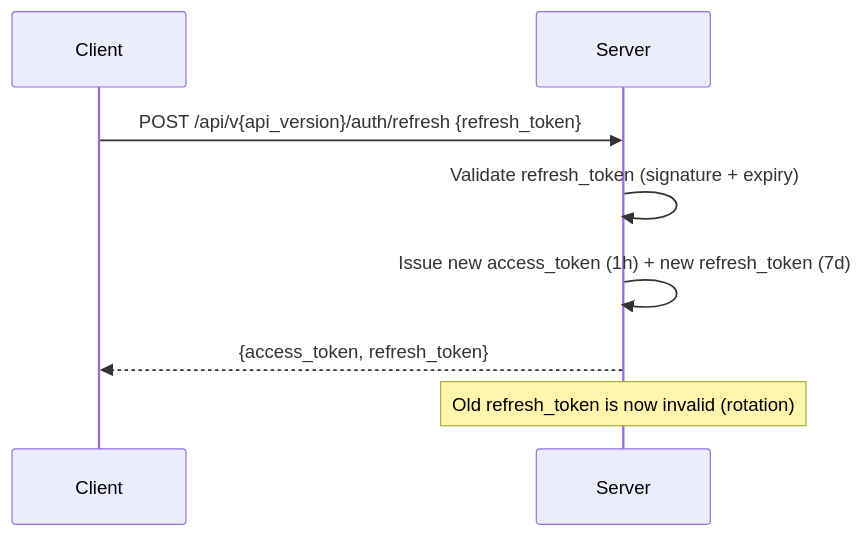
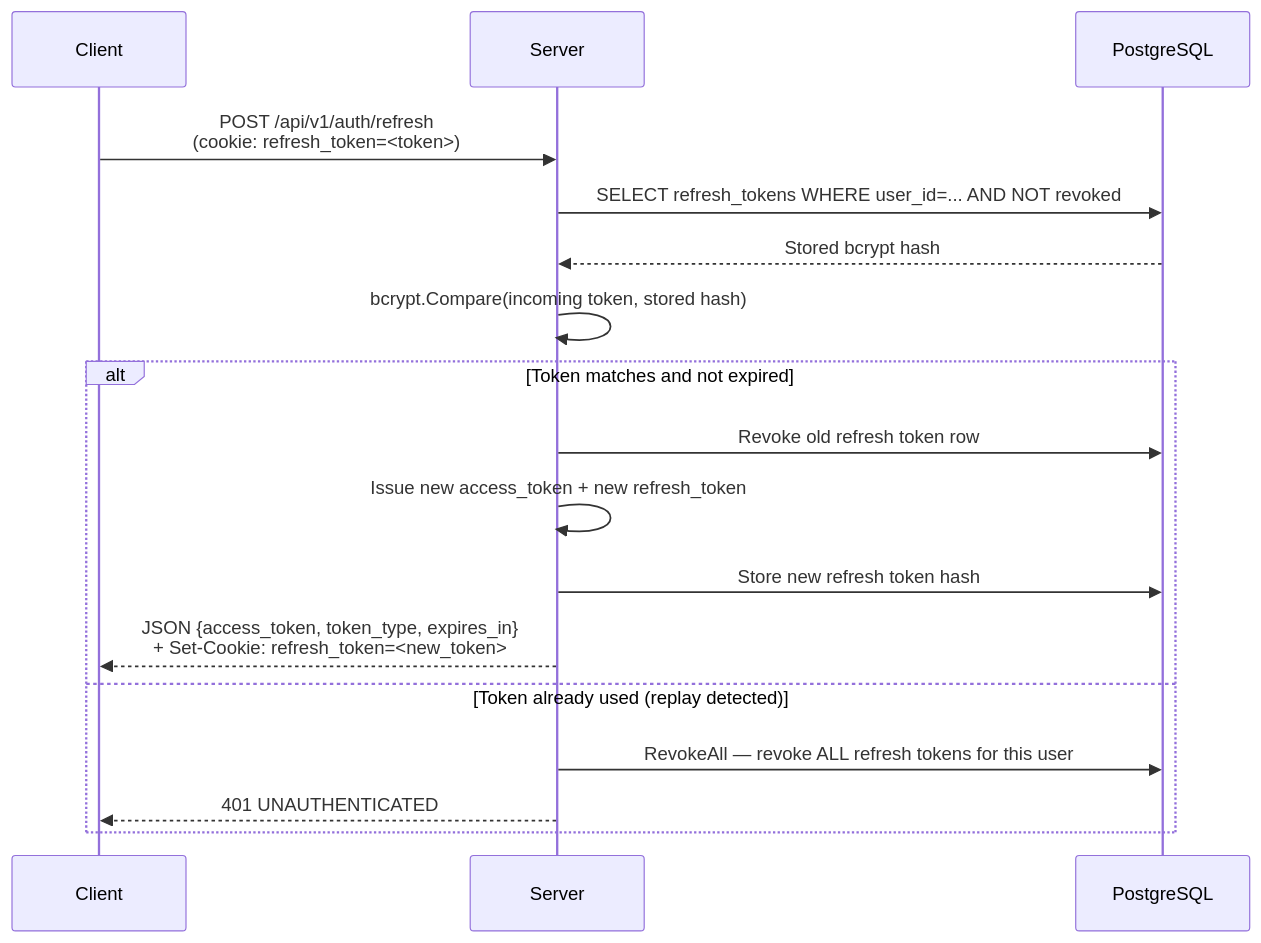
One commit to noiia/EERP-Documentation-Wiki changed the third of 4 diagrams in docs/core/authentication.md. Above: the diagram before and after it, drawn with Mermaid. The commit also changed other lines of this file and 18 other files, not shown here.

````diff
--- a/docs/core/authentication.md
+++ b/docs/core/authentication.md
@@ -125,11 +156,20 @@
 ```mermaid
 sequenceDiagram
     participant Client
     participant Server
+    participant DB as PostgreSQL
 
-    Client->>Server: POST /api/v{api_version}/auth/refresh {refresh_token}
-    Server->>Server: Validate refresh_token (signature + expiry)
-    Server->>Server: Issue new access_token (1h) + new refresh_token (7d)
-    Server-->>Client: {access_token, refresh_token}
-    note over Server: Old refresh_token is now invalid (rotation)
+    Client->>Server: POST /api/v1/auth/refresh<br/>(cookie: refresh_token=<token>)
+    Server->>DB: SELECT refresh_tokens WHERE user_id=... AND NOT revoked
+    DB-->>Server: Stored bcrypt hash
+    Server->>Server: bcrypt.Compare(incoming token, stored hash)
+    alt Token matches and not expired
+        Server->>DB: Revoke old refresh token row
+        Server->>Server: Issue new access_token + new refresh_token
+        Server->>DB: Store new refresh token hash
+        Server-->>Client: JSON {access_token, token_type, expires_in}<br/>+ Set-Cookie: refresh_token=<new_token>
+    else Token already used (replay detected)
+        Server->>DB: RevokeAll — revoke ALL refresh tokens for this user
+        Server-->>Client: 401 UNAUTHENTICATED
+    end
 ```
````
